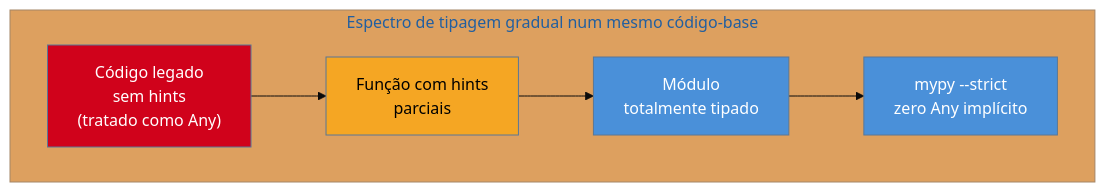
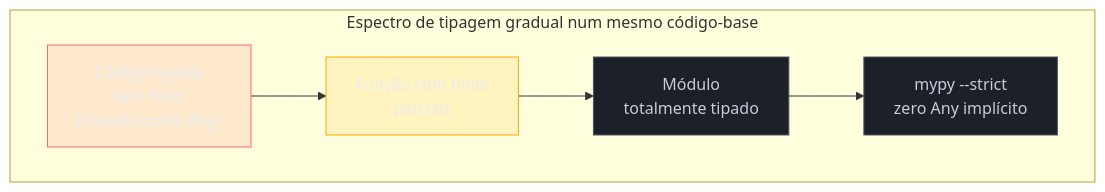
The diagram in 03-Dominios/Tecnologia/Python/Tipagem moderna/01 - Type hints — fundamentos e gradual typing.md (josenaldo/codex-technomanticus), drawn with Mermaid before and after one commit. The commit also changed 1181 other files, not shown here.

First line of the commit message:
fix(diagramas): paleta do sistema no lugar de cor cravada no markdown

````diff
--- a/03-Dominios/Tecnologia/Python/Tipagem moderna/01 - Type hints — fundamentos e gradual typing.md
+++ b/03-Dominios/Tecnologia/Python/Tipagem moderna/01 - Type hints — fundamentos e gradual typing.md
@@ -114,13 +114,15 @@
 ```mermaid
-%%{init: {"theme": "base", "themeVariables": {"primaryColor": "#4A90D9"}}}%%
 flowchart LR
+    classDef falha fill:#FF6B6B24,stroke:#FF6B6B,color:#E9ECF2
+    classDef destaque fill:#FFAA0024,stroke:#FFAA00,color:#E9ECF2
+    classDef neutro fill:#1B2029,stroke:#4E5666,color:#C6CCD8
     subgraph Espectro["Espectro de tipagem gradual num mesmo código-base"]
         direction LR
         A["Código legado\nsem hints\n(tratado como Any)"] --> B["Função com hints\nparciais"] --> C["Módulo\ntotalmente tipado"] --> D["mypy --strict\nzero Any implícito"]
     end
 
-    style A fill:#D0021B,color:#fff
-    style B fill:#F5A623,color:#000
-    style C fill:#4A90D9,color:#fff
-    style D fill:#4A90D9,color:#fff
+    class A falha
+    class B destaque
+    class C neutro
+    class D neutro
 ```
````
